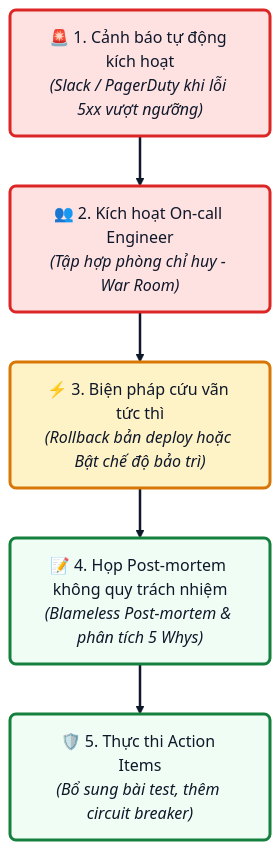
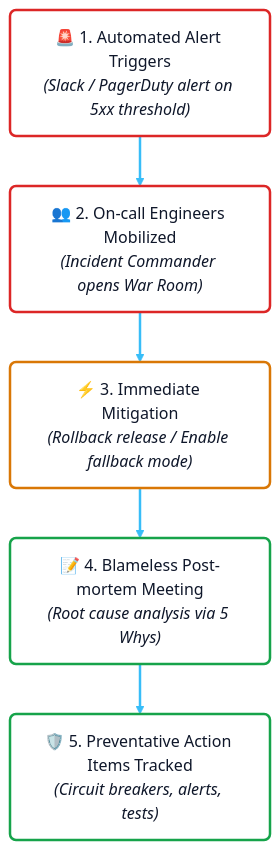
One commit to Huy210205/ts-learning changed the eighth of 8 diagrams in PRODUCT-DEVELOPMENT-PROCESS.md. Above: the diagram before and after it, drawn with Mermaid. The commit also changed other lines of this file, not shown here.

````diff
--- a/PRODUCT-DEVELOPMENT-PROCESS.md
+++ b/PRODUCT-DEVELOPMENT-PROCESS.md
@@ -356,17 +324,17 @@
 ```mermaid
 %%{init: {'theme': 'base', 'themeVariables': { 'fontFamily': 'sans-serif' }}}%%
 flowchart TD
-    classDef alert fill:#fee2e2,stroke:#dc2626,stroke-width:3px,color:#0f172a,rx:6px,ry:6px
-    classDef resolve fill:#fef3c7,stroke:#d97706,stroke-width:3px,color:#0f172a,rx:6px,ry:6px
-    classDef post fill:#f0fdf4,stroke:#15803d,stroke-width:3px,color:#0f172a,rx:6px,ry:6px
+    classDef alertBox fill:#ffffff,stroke:#dc2626,stroke-width:2.5px,color:#0f172a,rx:6px,ry:6px
+    classDef fixBox fill:#ffffff,stroke:#d97706,stroke-width:2.5px,color:#0f172a,rx:6px,ry:6px
+    classDef postBox fill:#ffffff,stroke:#16a34a,stroke-width:2.5px,color:#0f172a,rx:6px,ry:6px
 
-    I1["🚨 1. Cảnh báo tự động kích hoạt<br/><i>(Slack / PagerDuty khi lỗi 5xx vượt ngưỡng)</i>"]:::alert
-    I2["👥 2. Kích hoạt On-call Engineer<br/><i>(Tập hợp phòng chỉ huy - War Room)</i>"]:::alert
-    I3["⚡ 3. Biện pháp cứu vãn tức thì<br/><i>(Rollback bản deploy hoặc Bật chế độ bảo trì)</i>"]:::resolve
-    I4["📝 4. Họp Post-mortem không quy trách nhiệm<br/><i>(Blameless Post-mortem & phân tích 5 Whys)</i>"]:::post
-    I5["🛡️ 5. Thực thi Action Items<br/><i>(Bổ sung bài test, thêm circuit breaker)</i>"]:::post
+    I1["🚨 1. Automated Alert Triggers<br/><i>(Slack / PagerDuty alert on 5xx threshold)</i>"]:::alertBox
+    I2["👥 2. On-call Engineers Mobilized<br/><i>(Incident Commander opens War Room)</i>"]:::alertBox
+    I3["⚡ 3. Immediate Mitigation<br/><i>(Rollback release / Enable fallback mode)</i>"]:::fixBox
+    I4["📝 4. Blameless Post-mortem Meeting<br/><i>(Root cause analysis via 5 Whys)</i>"]:::postBox
+    I5["🛡️ 5. Preventative Action Items Tracked<br/><i>(Circuit breakers, alerts, tests)</i>"]:::postBox
 
     I1 ==> I2 ==> I3 ==> I4 ==> I5
 
-    linkStyle default stroke:#0f172a,stroke-width:2.5px;
+    linkStyle default stroke:#38bdf8,stroke-width:2.5px;
 ```
````
